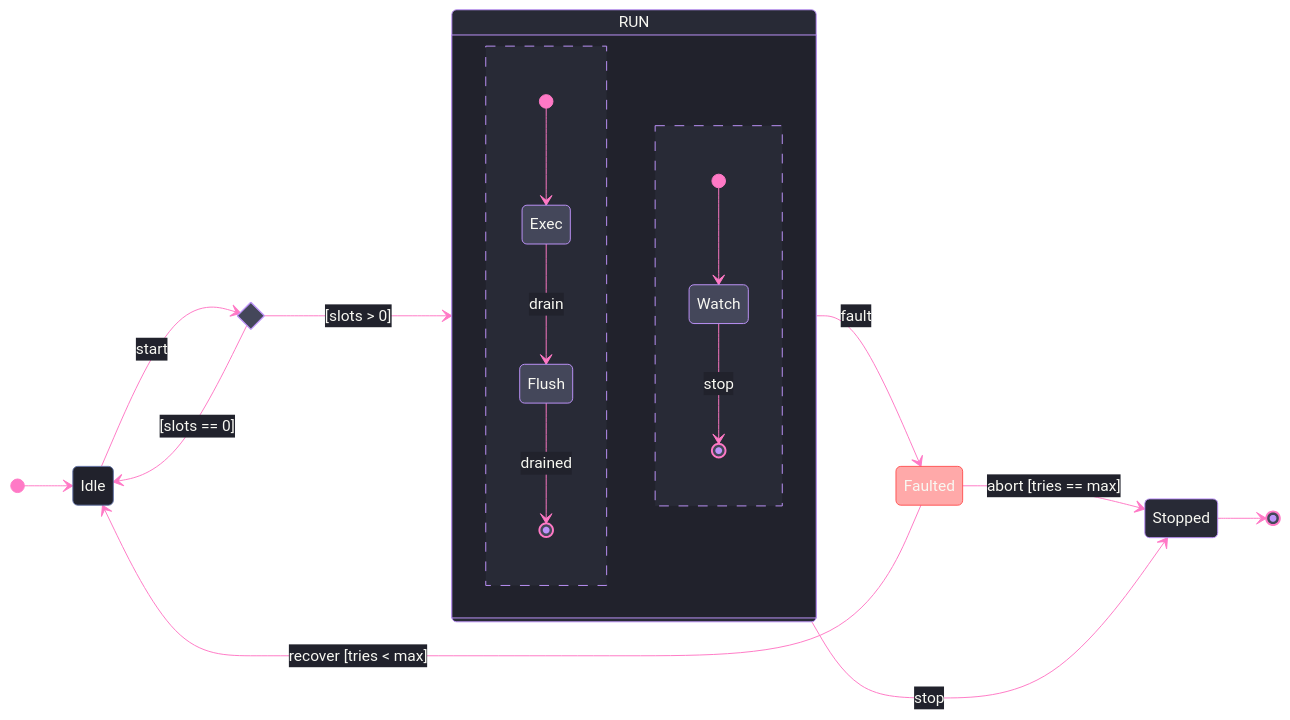
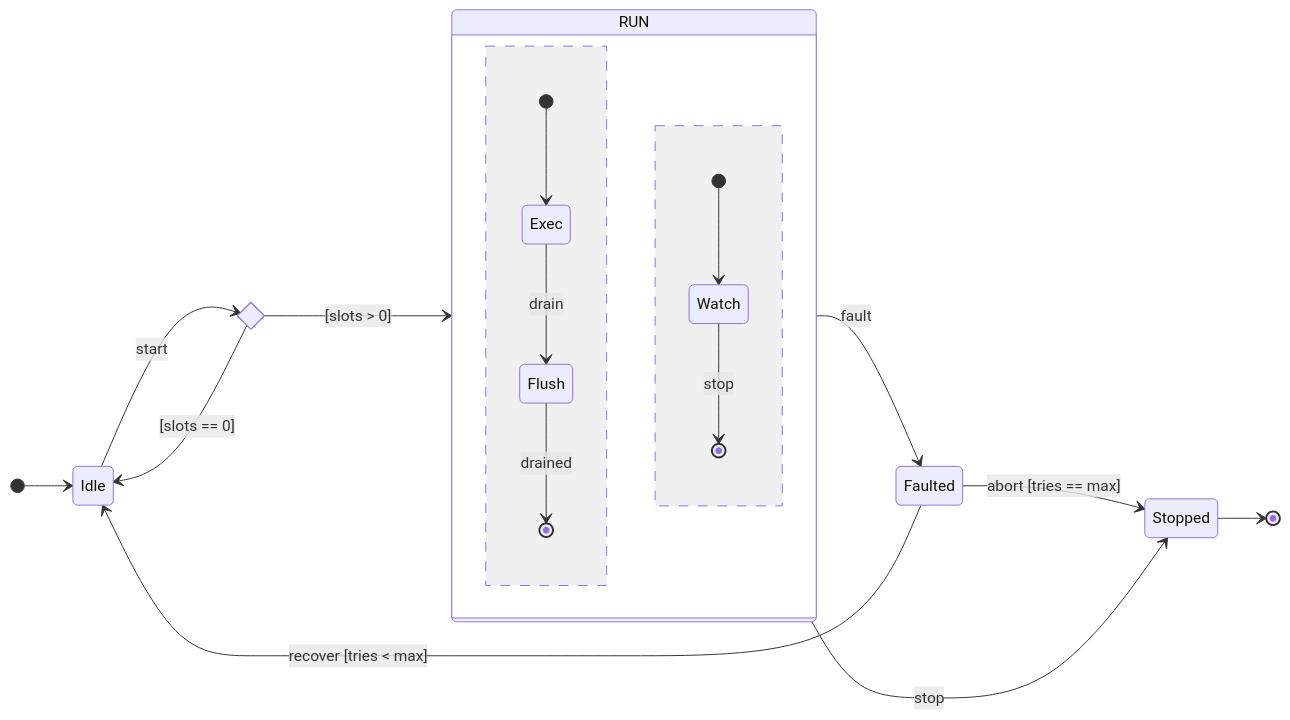
The third of 5 diagrams in .claude/skills/mermaid-diagramming/references/syntax-core.md (bsamiee/Rasm), drawn with Mermaid before and after one commit. The commit also changed other lines of this file and 28 other files, not shown here.

Commit message:
skills(docgen+mermaid): payload-only diagram law — docgen gate/fixer strips fence styling; mermaid bundle sheds the styling canon, theming survives as one opt-in reference

````diff
--- a/.claude/skills/mermaid-diagramming/references/syntax-core.md
+++ b/.claude/skills/mermaid-diagramming/references/syntax-core.md
@@ -162,59 +96,25 @@
 ```mermaid
----
-config:
-  theme: base
-  look: classic
-  themeVariables:
-    darkMode: true
-    fontFamily: "SF Mono, Menlo, Cascadia Mono, Segoe UI Mono, Consolas, monospace"
-    useGradient: false
-    dropShadow: "none"
-    background: "#282A36"
-    primaryColor: "#44475A"
-    primaryTextColor: "#F8F8F2"
-    primaryBorderColor: "#BD93F9"
-    mainBkg: "#44475A"
-    nodeBorder: "#BD93F9"
-    lineColor: "#FF79C6"
-    textColor: "#F8F8F2"
-    titleColor: "#D6BCFA"
-    clusterBkg: "#21222C"
-    clusterBorder: "#D6BCFA"
-    compositeBackground: "#21222C"
-    compositeTitleBackground: "#282A36"
-    compositeBorder: "#D6BCFA"
-    altBackground: "#282A36"
-    edgeLabelBackground: "#21222C"
-    labelBackgroundColor: "#21222C"
-  themeCSS: ".nodeLabel{font-size:13px;font-weight:500}.edgeLabel{font-size:12px;font-weight:500}.cluster-label .nodeLabel{font-size:13.5px;font-weight:700;letter-spacing:.08em;color:#D6BCFA}.transition{stroke-width:2px}.note-edge{stroke-width:1.5px}.node rect,.node circle,.node path,.node .outer-path{stroke-width:1.5px;filter:none!important}.statediagram-cluster rect.outer{stroke:#D6BCFA;stroke-width:1px!important;stroke-dasharray:5 4}.statediagram-state rect.divider{stroke:#D6BCFA;stroke-width:1px;stroke-dasharray:5 4;fill:#282A36}[id*='barbEnd'] path{fill:#FF79C6;stroke:#FF79C6;transform:scale(.4);transform-origin:14px 7px}.state-start{r:3.4px;fill:#FF79C6;stroke:#FF79C6}.node[id*='_end'] .outer-path{transform-box:fill-box;transform-origin:center;transform:scale(.48)}.edgeLabel rect{transform-box:fill-box;transform-origin:center;transform:scale(1.1,1.2)}"
----
 stateDiagram-v2
     accTitle: Composite state demo
     accDescr: A ready worker routed through a choice into a composite running state with concurrent exec and watch regions, a bounded fault recovery loop, and one terminal.
     direction LR
     [*] --> Idle
     state Pick <<choice>>
     Idle --> Pick: start
     Pick --> Run: [slots > 0]
     Pick --> Idle: [slots == 0]
     state "RUN" as Run {
       direction TB
       [*] --> Exec
       Exec --> Flush: drain
       Flush --> [*]: drained
       --
       [*] --> Watch
       Watch --> [*]: stop
     }
     Run --> Faulted: fault
     Faulted --> Idle: recover [tries < max]
     Faulted --> Stopped: abort [tries == max]
     Run --> Stopped: stop
     Stopped --> [*]
-    classDef recessed fill:#21222C,stroke:#6272A4,color:#F8F8F2
-    classDef error fill:#FF555580,stroke:#FF5555,color:#F8F8F2
-    classDef boundary fill:#282A36,stroke:#BD93F9,color:#F8F8F2
-    class Idle recessed
-    class Faulted error
-    class Stopped boundary
 ```
````
